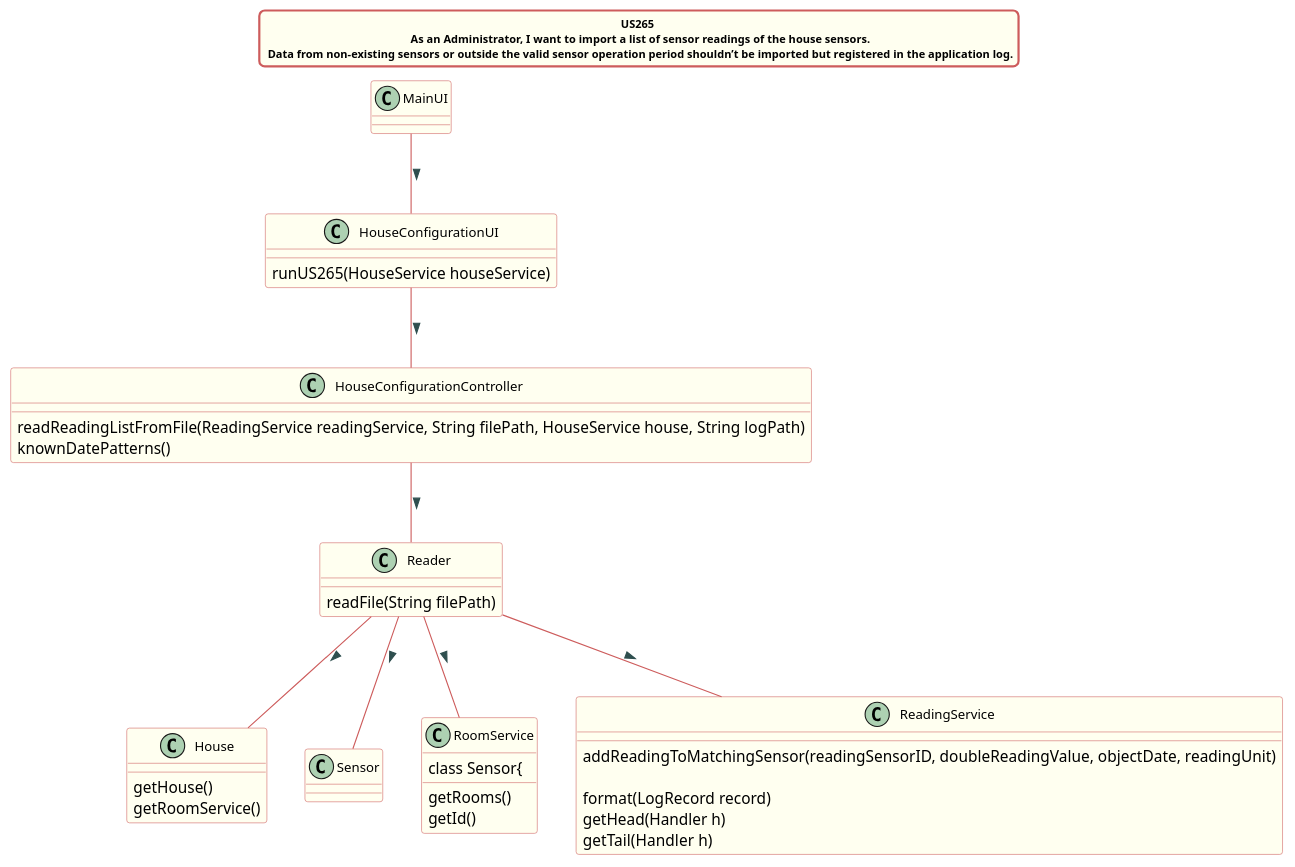
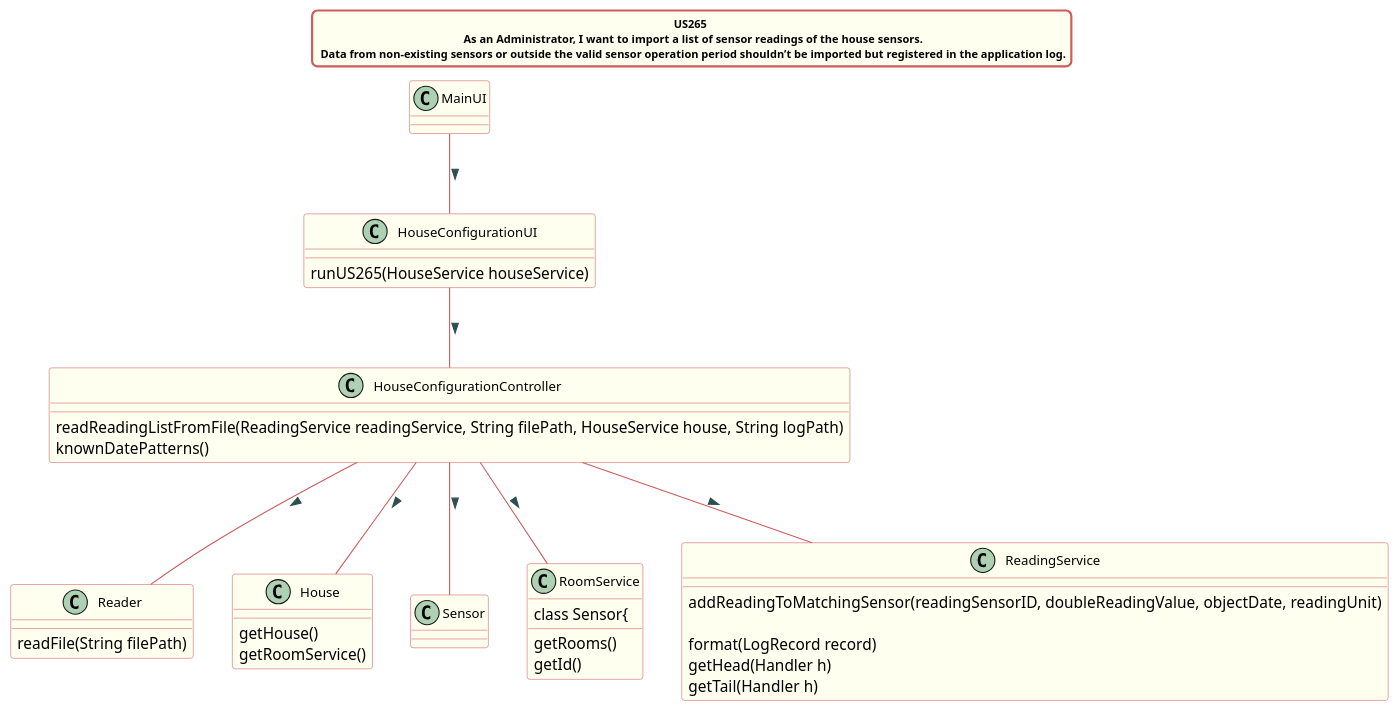
The diagram in src/doc/Controllers/HouseConfiguration/US265/US265_cd_HouseConfiguration.puml (Almadanmp/project), drawn with PlantUML before and after one commit.

Commit message:
REF #205 REF #234 Updated Class Diagram

```diff
--- a/src/doc/Controllers/HouseConfiguration/US265/US265_cd_HouseConfiguration.puml
+++ b/src/doc/Controllers/HouseConfiguration/US265/US265_cd_HouseConfiguration.puml
@@ -1,68 +1,68 @@
 @startuml
 title US265 \n  As an Administrator, I want to import a list of sensor readings of the house sensors. \n Data from non-existing sensors or outside the valid sensor operation period shouldn’t be imported but registered in the application log.
 
 skinparam titleBorderRoundCorner 10
 skinparam titleBorderThickness 2
 skinparam titleBorderColor indianred
 skinparam titleBackgroundColor ivory
 skinparam FontName verdana
 skinparam titleFontSize 10
 
 
 skinparam class {
  	BorderColor indianred
  	BackgroundColor indianred
  	BackgroundColor ivory
     roundcorner 10
     ArrowFontName Verdana
     ArrowColor indianred
     ArrowFontColor darkslategrey
     FontSize 12
  }
 
 
 MainUI -- HouseConfigurationUI : >
 
 HouseConfigurationUI -- HouseConfigurationController : >
 HouseConfigurationController -- Reader : >
-Reader -- House : >
-Reader -- Sensor : >
-Reader -- RoomService : >
-Reader -- ReadingService : >
+HouseConfigurationController -- House : >
+HouseConfigurationController -- Sensor : >
+HouseConfigurationController -- RoomService : >
+HouseConfigurationController -- ReadingService : >
 
 class HouseConfigurationUI{
 
 runUS265(HouseService houseService)
 }
 
 class HouseConfigurationController{
 readReadingListFromFile(ReadingService readingService, String filePath, HouseService house, String logPath)
 knownDatePatterns()
 }
 
 class Reader{
 readFile(String filePath)
 }
 
 class House{
 getHouse()
 getRoomService()
 }
 
 class RoomService{
 getRooms()
 
 
 class Sensor{
 getId()
 }
 
 class ReadingService{
 addReadingToMatchingSensor(readingSensorID, doubleReadingValue, objectDate, readingUnit)
 
 format(LogRecord record)
 getHead(Handler h)
 getTail(Handler h)
 }
 
 @enduml
```
